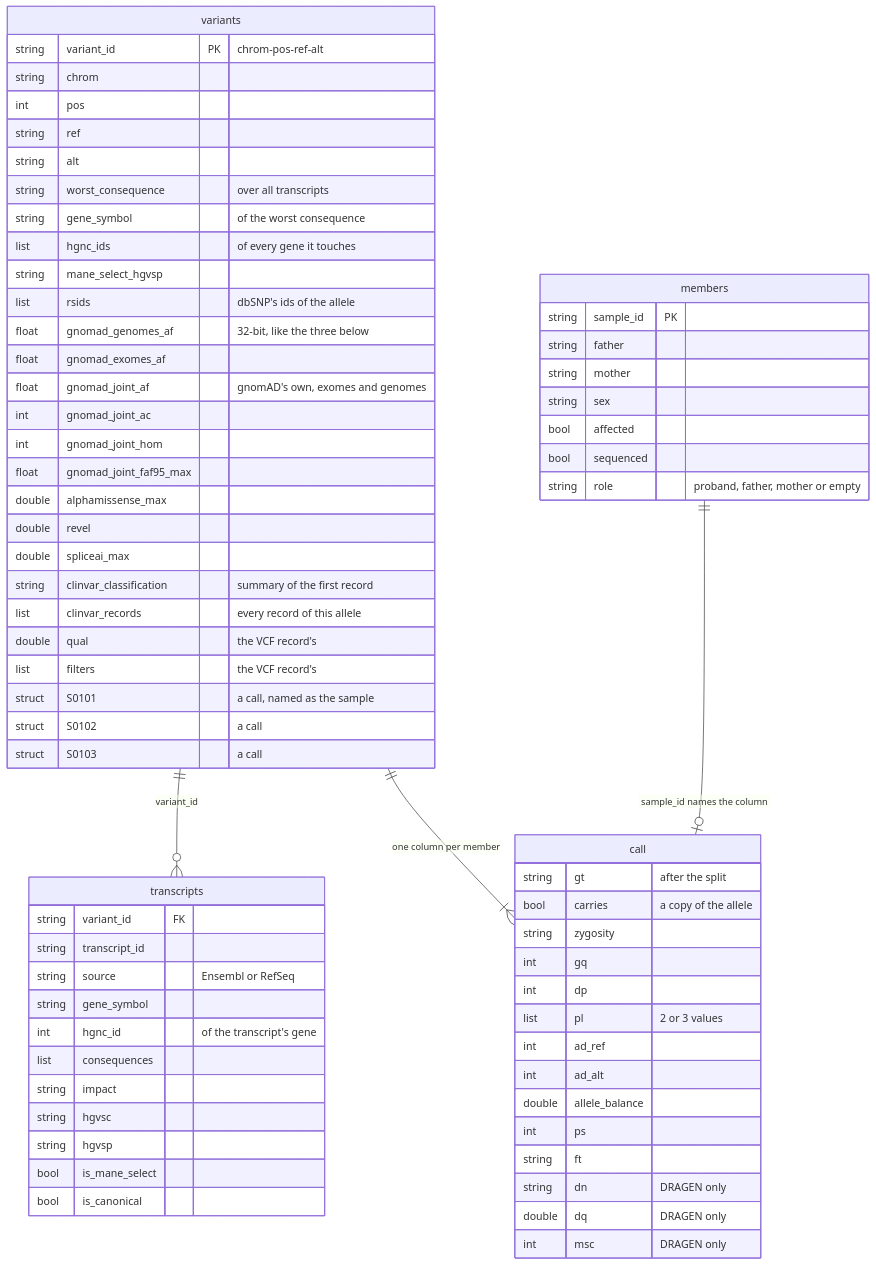
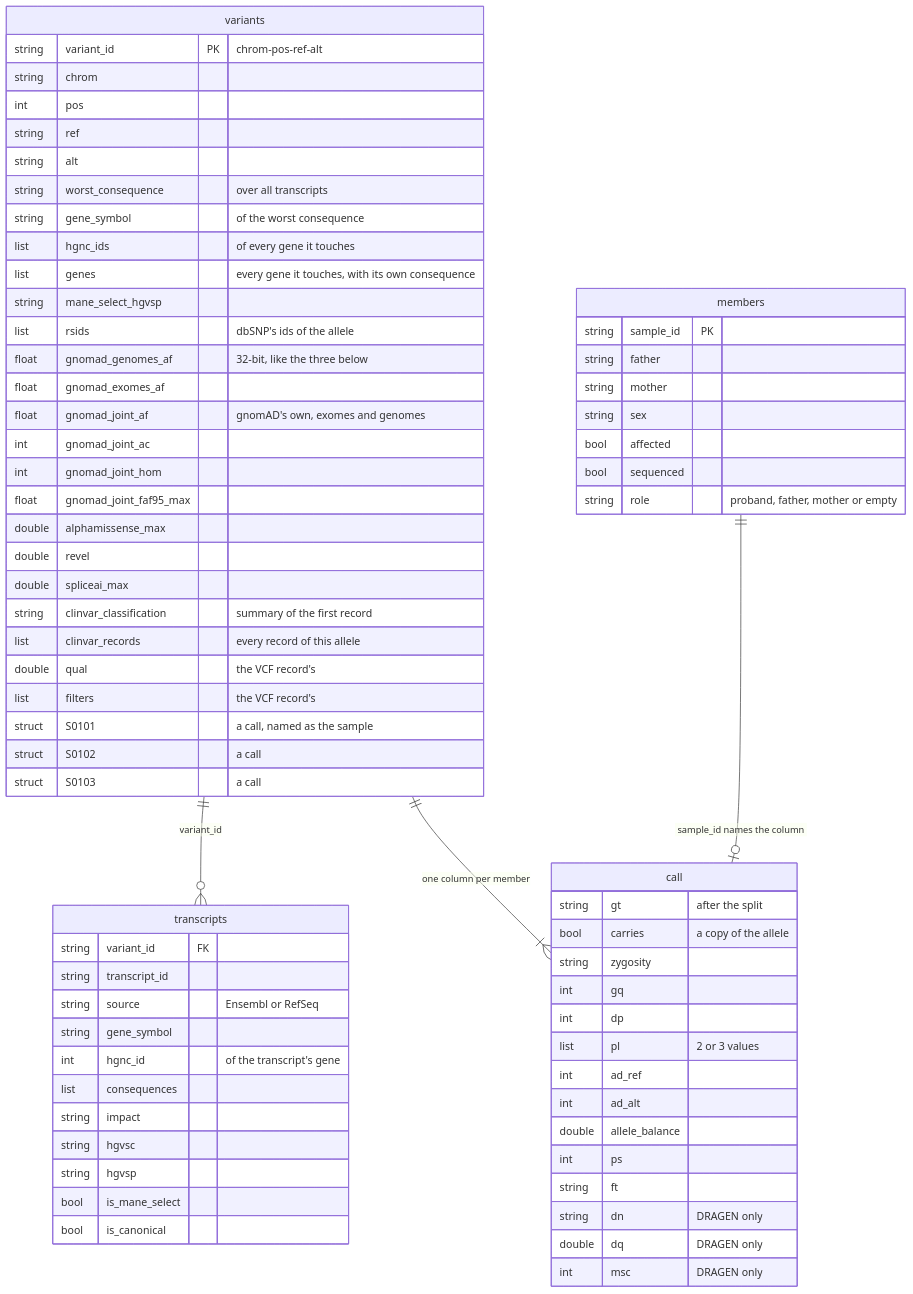
One commit to populationgenomics/case-annotation-pipeline changed the second of 4 diagrams in docs/family-tables.md. Above: the diagram before and after it, drawn with Mermaid. The commit also changed other lines of this file and 5 other files, not shown here.

First line of the commit message:
Add `genes` to `variants`: each gene of an allele, with its own consequence (#10)

````diff
--- a/docs/family-tables.md
+++ b/docs/family-tables.md
@@ -89,72 +89,73 @@
 ```mermaid
 erDiagram
     variants ||--o{ transcripts : "variant_id"
     variants ||--|{ call : "one column per member"
     members ||--o| call : "sample_id names the column"
     variants {
         string variant_id PK "chrom-pos-ref-alt"
         string chrom
         int pos
         string ref
         string alt
         string worst_consequence "over all transcripts"
         string gene_symbol "of the worst consequence"
         list hgnc_ids "of every gene it touches"
+        list genes "every gene it touches, with its own consequence"
         string mane_select_hgvsp
         list rsids "dbSNP's ids of the allele"
         float gnomad_genomes_af "32-bit, like the three below"
         float gnomad_exomes_af
         float gnomad_joint_af "gnomAD's own, exomes and genomes"
         int gnomad_joint_ac
         int gnomad_joint_hom
         float gnomad_joint_faf95_max
         double alphamissense_max
         double revel
         double spliceai_max
         string clinvar_classification "summary of the first record"
         list clinvar_records "every record of this allele"
         double qual "the VCF record's"
         list filters "the VCF record's"
         struct S0101 "a call, named as the sample"
         struct S0102 "a call"
         struct S0103 "a call"
     }
     transcripts {
         string variant_id FK
         string transcript_id
         string source "Ensembl or RefSeq"
         string gene_symbol
         int hgnc_id "of the transcript's gene"
         list consequences
         string impact
         string hgvsc
         string hgvsp
         bool is_mane_select
         bool is_canonical
     }
     call {
         string gt "after the split"
         bool carries "a copy of the allele"
         string zygosity
         int gq
         int dp
         list pl "2 or 3 values"
         int ad_ref
         int ad_alt
         double allele_balance
         int ps
         string ft
         string dn "DRAGEN only"
         double dq "DRAGEN only"
         int msc "DRAGEN only"
     }
     members {
         string sample_id PK
         string father
         string mother
         string sex
         bool affected
         bool sequenced
         string role "proband, father, mother or empty"
     }
 ```
````
